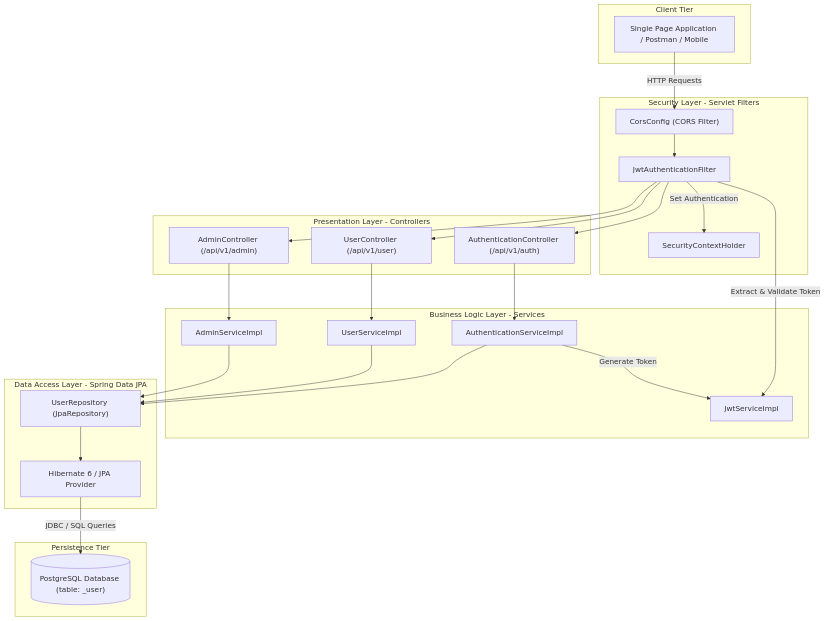
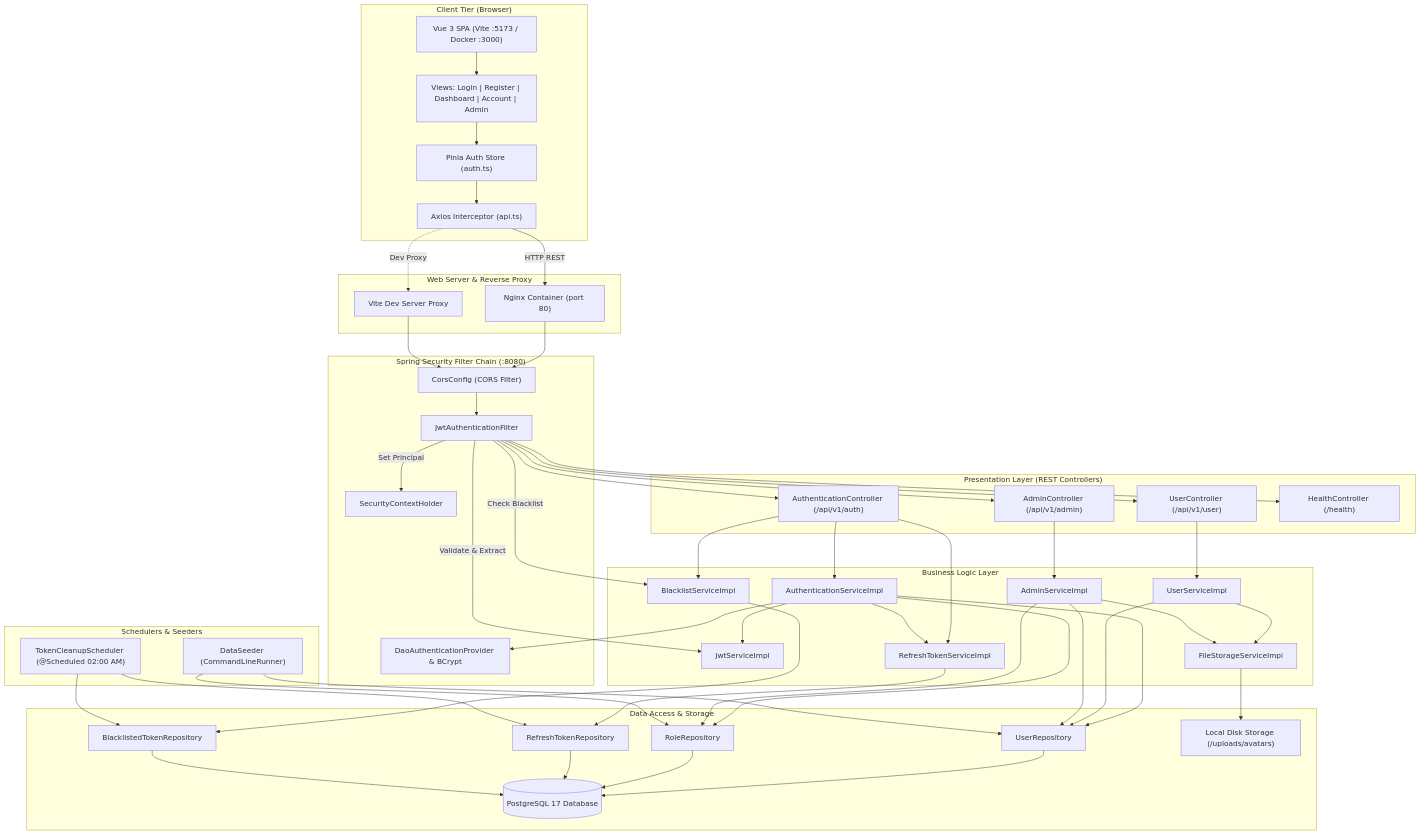
One commit to fur-elise-1867/skill-management changed the first of 2 diagrams in CODEBASE_ANALYSIS.md. Above: the diagram before and after it, drawn with Mermaid. The commit also changed other lines of this file and 2 other files, not shown here.

````diff
--- a/CODEBASE_ANALYSIS.md
+++ b/CODEBASE_ANALYSIS.md
@@ -40,54 +192,102 @@
 ```mermaid
 graph TB
-    subgraph Client_Tier [Client Tier]
-        SPA["Single Page Application / Postman / Mobile"]
+    subgraph Client_Layer ["Client Tier (Browser)"]
+        SPA["Vue 3 SPA (Vite :5173 / Docker :3000)"]
+        PINIA["Pinia Auth Store (auth.ts)"]
+        AXIOS["Axios Interceptor (api.ts)"]
+        VUE_VIEWS["Views: Login | Register | Dashboard | Account | Admin"]
+        
+        SPA --> VUE_VIEWS
+        VUE_VIEWS --> PINIA
+        PINIA --> AXIOS
     end
 
-    subgraph Security_Filter_Chain [Security Layer - Servlet Filters]
+    subgraph Gateway_Proxy ["Web Server & Reverse Proxy"]
+        NGINX["Nginx Container (port 80)"]
+        VITE_PROXY["Vite Dev Server Proxy"]
+    end
+
+    subgraph Security_Filter_Chain ["Spring Security Filter Chain (:8080)"]
         CORS["CorsConfig (CORS Filter)"]
         JWT_FILTER["JwtAuthenticationFilter"]
         SEC_CTX["SecurityContextHolder"]
+        DAO_AUTH["DaoAuthenticationProvider & BCrypt"]
     end
 
-    subgraph Presentation_Layer [Presentation Layer - Controllers]
+    subgraph Controller_Layer ["Presentation Layer (REST Controllers)"]
         AUTH_CTRL["AuthenticationController (/api/v1/auth)"]
         USER_CTRL["UserController (/api/v1/user)"]
         ADMIN_CTRL["AdminController (/api/v1/admin)"]
+        HEALTH_CTRL["HealthController (/health)"]
     end
 
-    subgraph Service_Layer [Business Logic Layer - Services]
-        AUTH_SRV["AuthenticationServiceImpl"]
-        JWT_SRV["JwtServiceImpl"]
-        USER_SRV["UserServiceImpl"]
-        ADMIN_SRV["AdminServiceImpl"]
+    subgraph Service_Layer ["Business Logic Layer"]
+        AUTH_SVC["AuthenticationServiceImpl"]
+        JWT_SVC["JwtServiceImpl"]
+        REFRESH_SVC["RefreshTokenServiceImpl"]
+        BLACKLIST_SVC["BlacklistServiceImpl"]
+        USER_SVC["UserServiceImpl"]
+        ADMIN_SVC["AdminServiceImpl"]
+        FILE_SVC["FileStorageServiceImpl"]
     end
 
-    subgraph Data_Access_Layer [Data Access Layer - Spring Data JPA]
-        USER_REPO["UserRepository (JpaRepository)"]
-        HIBERNATE["Hibernate 6 / JPA Provider"]
+    subgraph Persistence_Layer ["Data Access & Storage"]
+        USER_REPO["UserRepository"]
+        ROLE_REPO["RoleRepository"]
+        REFRESH_REPO["RefreshTokenRepository"]
+        BL_REPO["BlacklistedTokenRepository"]
+        DISK_FS["Local Disk Storage (/uploads/avatars)"]
+        PG_DB[("PostgreSQL 17 Database")]
     end
 
-    subgraph Persistence_Tier [Persistence Tier]
-        PG_DB[("PostgreSQL Database (table: _user)")]
+    subgraph Background_Workers ["Schedulers & Seeders"]
+        SEEDER["DataSeeder (CommandLineRunner)"]
+        CLEANUP_JOB["TokenCleanupScheduler (@Scheduled 02:00 AM)"]
     end
 
-    SPA -->|"HTTP Requests"| CORS
+    AXIOS -->|"HTTP REST"| NGINX
+    AXIOS -.->|"Dev Proxy"| VITE_PROXY
+    NGINX --> CORS
+    VITE_PROXY --> CORS
+
     CORS --> JWT_FILTER
-    JWT_FILTER -->|"Extract & Validate Token"| JWT_SRV
-    JWT_FILTER -->|"Set Authentication"| SEC_CTX
+    JWT_FILTER -->|"Check Blacklist"| BLACKLIST_SVC
+    JWT_FILTER -->|"Validate & Extract"| JWT_SVC
+    JWT_FILTER -->|"Set Principal"| SEC_CTX
+
     JWT_FILTER --> AUTH_CTRL
     JWT_FILTER --> USER_CTRL
     JWT_FILTER --> ADMIN_CTRL
+    JWT_FILTER --> HEALTH_CTRL
 
-    AUTH_CTRL --> AUTH_SRV
-    USER_CTRL --> USER_SRV
-    ADMIN_CTRL --> ADMIN_SRV
+    AUTH_CTRL --> AUTH_SVC
+    AUTH_CTRL --> REFRESH_SVC
+    AUTH_CTRL --> BLACKLIST_SVC
+    USER_CTRL --> USER_SVC
+    ADMIN_CTRL --> ADMIN_SVC
 
-    AUTH_SRV -->|"Generate Token"| JWT_SRV
-    AUTH_SRV --> USER_REPO
-    USER_SRV --> USER_REPO
-    ADMIN_SRV --> USER_REPO
+    AUTH_SVC --> DAO_AUTH
+    AUTH_SVC --> JWT_SVC
+    AUTH_SVC --> REFRESH_SVC
+    AUTH_SVC --> USER_REPO
+    AUTH_SVC --> ROLE_REPO
 
-    USER_REPO --> HIBERNATE
-    HIBERNATE -->|"JDBC / SQL Queries"| PG_DB
+    USER_SVC --> FILE_SVC
+    USER_SVC --> USER_REPO
+    ADMIN_SVC --> FILE_SVC
+    ADMIN_SVC --> USER_REPO
+    ADMIN_SVC --> ROLE_REPO
+    REFRESH_SVC --> REFRESH_REPO
+    BLACKLIST_SVC --> BL_REPO
+
+    USER_REPO --> PG_DB
+    ROLE_REPO --> PG_DB
+    REFRESH_REPO --> PG_DB
+    BL_REPO --> PG_DB
+    FILE_SVC --> DISK_FS
+
+    SEEDER --> USER_REPO
+    SEEDER --> ROLE_REPO
+    CLEANUP_JOB --> REFRESH_REPO
+    CLEANUP_JOB --> BL_REPO
 ```
````
